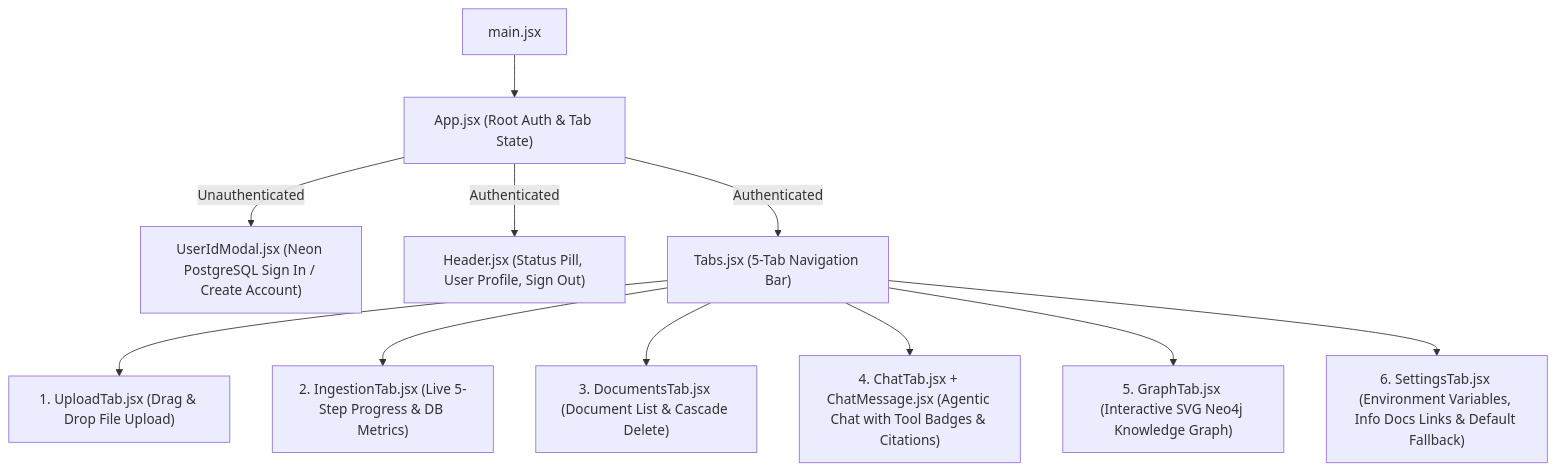
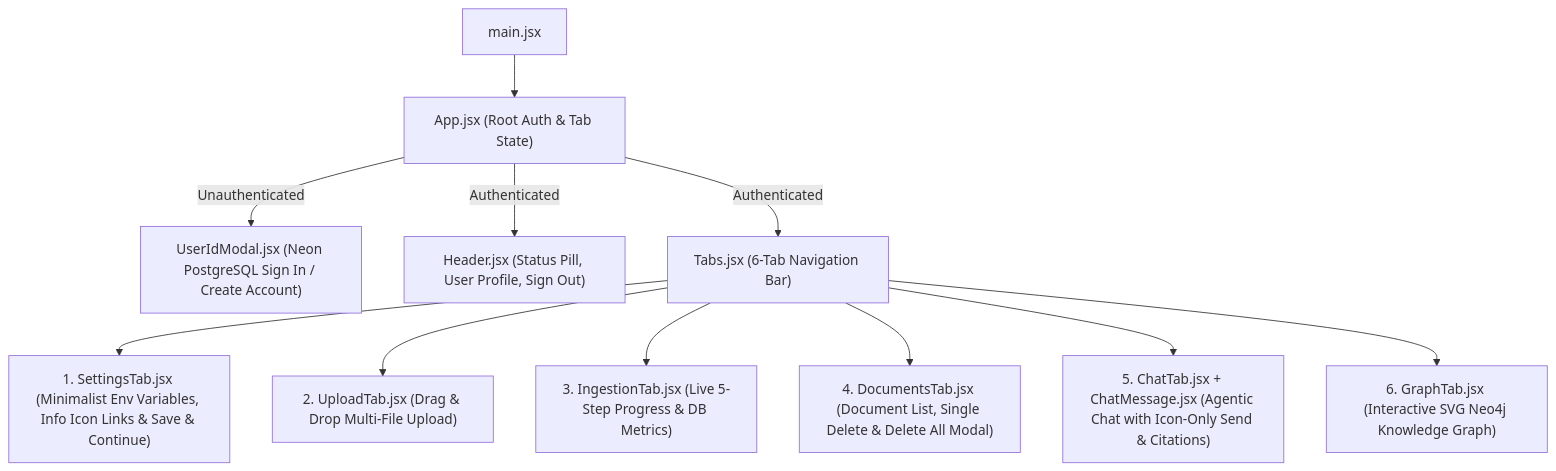
Before and after one commit to Dronanaik/adk_rag: the diagram in docs/FRONTEND.md, drawn with Mermaid. The commit also changed other lines of this file and 19 other files, not shown here.

Commit message:
feat(v2.3.3): Delete All confirmation modal, Docling vision image extraction, icon-only chat send, and E2E docs

````diff
--- a/docs/FRONTEND.md
+++ b/docs/FRONTEND.md
@@ -9,13 +9,13 @@
 ```mermaid
 flowchart TD
     Main["main.jsx"] --> App["App.jsx (Root Auth & Tab State)"]
     App -->|Unauthenticated| AuthModal["UserIdModal.jsx (Neon PostgreSQL Sign In / Create Account)"]
     App -->|Authenticated| Header["Header.jsx (Status Pill, User Profile, Sign Out)"]
-    App -->|Authenticated| Tabs["Tabs.jsx (5-Tab Navigation Bar)"]
-    Tabs --> T1["1. UploadTab.jsx (Drag & Drop File Upload)"]
-    Tabs --> T2["2. IngestionTab.jsx (Live 5-Step Progress & DB Metrics)"]
-    Tabs --> T3["3. DocumentsTab.jsx (Document List & Cascade Delete)"]
-    Tabs --> T4["4. ChatTab.jsx + ChatMessage.jsx (Agentic Chat with Tool Badges & Citations)"]
-    Tabs --> T5["5. GraphTab.jsx (Interactive SVG Neo4j Knowledge Graph)"]
-    Tabs --> T6["6. SettingsTab.jsx (Environment Variables, Info Docs Links & Default Fallback)"]
+    App -->|Authenticated| Tabs["Tabs.jsx (6-Tab Navigation Bar)"]
+    Tabs --> T0["1. SettingsTab.jsx (Minimalist Env Variables, Info Icon Links & Save & Continue)"]
+    Tabs --> T1["2. UploadTab.jsx (Drag & Drop Multi-File Upload)"]
+    Tabs --> T2["3. IngestionTab.jsx (Live 5-Step Progress & DB Metrics)"]
+    Tabs --> T3["4. DocumentsTab.jsx (Document List, Single Delete & Delete All Modal)"]
+    Tabs --> T4["5. ChatTab.jsx + ChatMessage.jsx (Agentic Chat with Icon-Only Send & Citations)"]
+    Tabs --> T5["6. GraphTab.jsx (Interactive SVG Neo4j Knowledge Graph)"]
 ```
````
